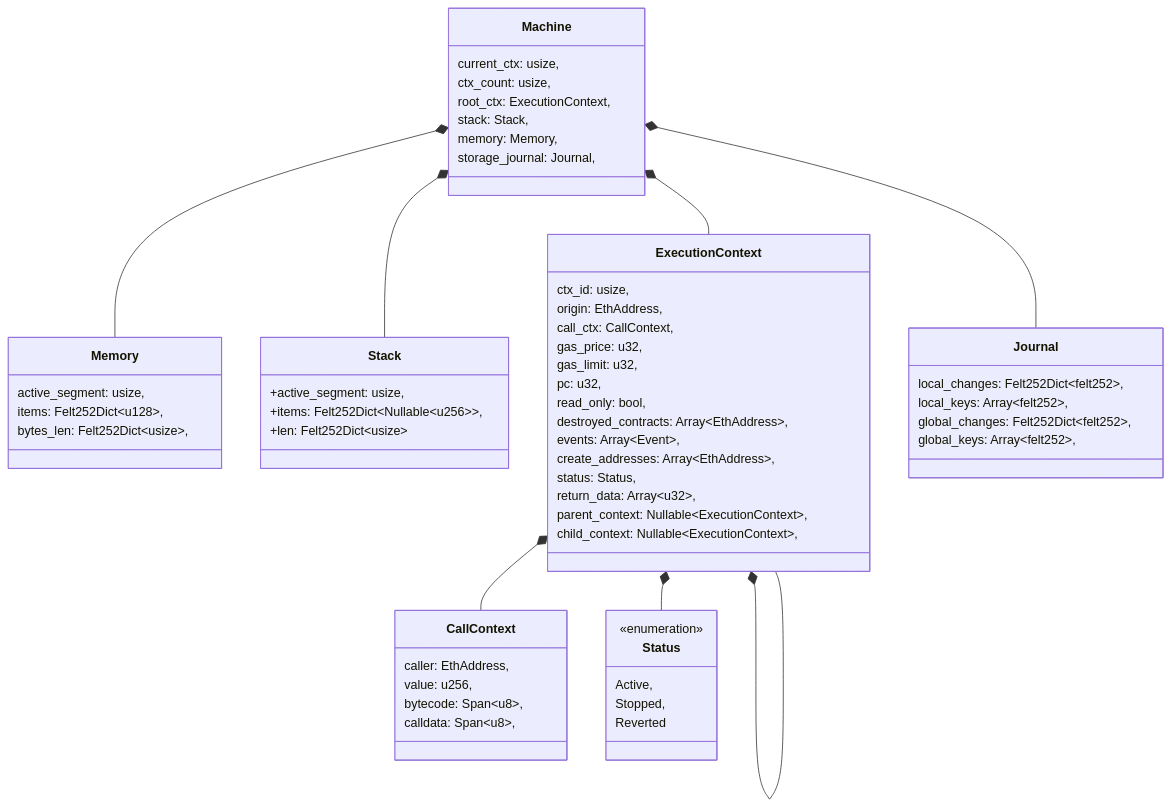
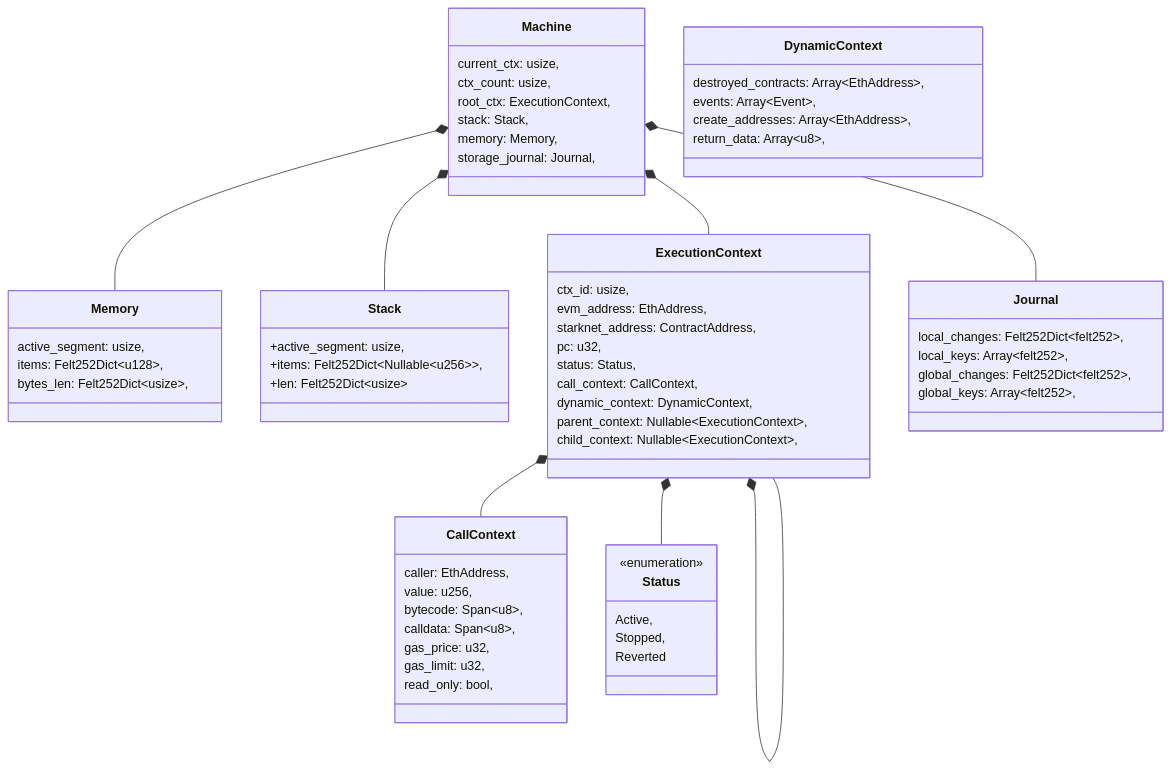
Before and after one commit to kkrt-labs/kakarot-ssj: the diagram in docs/general/machine.md, drawn with Mermaid. The commit also changed 26 other files, not shown here.

Commit message:
feat: add machine and update execution context

````diff
--- a/docs/general/machine.md
+++ b/docs/general/machine.md
@@ -43,70 +43,75 @@
 ```mermaid
 classDiagram
     class Machine{
         current_ctx: usize,
         ctx_count: usize,
         root_ctx: ExecutionContext,
         stack: Stack,
         memory: Memory,
         storage_journal: Journal,
     }
 
     class Memory{
         active_segment: usize,
         items: Felt252Dict~u128~,
         bytes_len: Felt252Dict~usize~,
     }
 
     class Stack{
         +active_segment: usize,
         +items: Felt252Dict~Nullable~u256~~,
         +len: Felt252Dict~usize~
     }
 
     class ExecutionContext{
         ctx_id: usize,
-        origin: EthAddress,
-        call_ctx: CallContext,
-        gas_price: u32,
-        gas_limit: u32,
+        evm_address: EthAddress,
+        starknet_address: ContractAddress,
         pc: u32,
-        read_only: bool,
+        status: Status,
+        call_context: CallContext,
+        dynamic_context: DynamicContext,
+        parent_context: Nullable~ExecutionContext~,
+        child_context: Nullable~ExecutionContext~,
+    }
+
+    class DynamicContext {
         destroyed_contracts: Array~EthAddress~,
         events: Array~Event~,
         create_addresses: Array~EthAddress~,
-        status: Status,
-        return_data: Array~u32~,
-        parent_context: Nullable~ExecutionContext~,
-        child_context: Nullable~ExecutionContext~,
+        return_data: Array~u8~,
     }
 
     class CallContext{
         caller: EthAddress,
         value: u256,
         bytecode: Span~u8~,
         calldata: Span~u8~,
+        gas_price: u32,
+        gas_limit: u32,
+        read_only: bool,
     }
 
     class Journal{
         local_changes: Felt252Dict~felt252~,
         local_keys: Array~felt252~,
         global_changes: Felt252Dict~felt252~,
         global_keys: Array~felt252~,
     }
 
     class Status{
     <<enumeration>>
       Active,
       Stopped,
       Reverted
     }
 
 
     Machine *-- Memory
     Machine *-- Stack
     Machine *-- ExecutionContext
     Machine *-- Journal
     ExecutionContext *-- ExecutionContext
     ExecutionContext *-- CallContext
     ExecutionContext *-- Status
 ```
````
